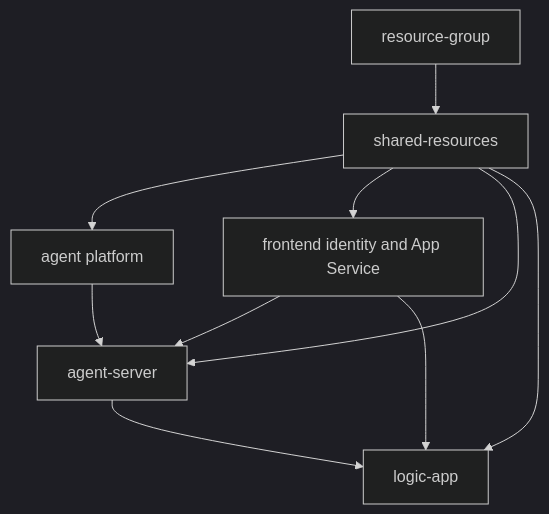
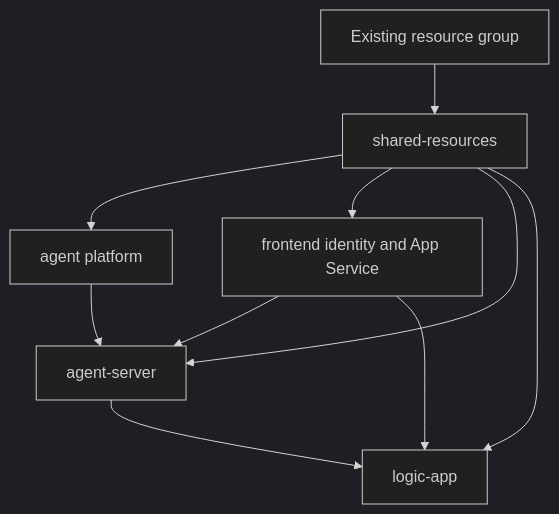
One commit to Azure/azure-sdk-tools changed the first of 4 diagrams in tools/sdk-ai-bots/deployment/docs/deployment-architecture.md. Above: the diagram before and after it, drawn with Mermaid (dark theme). The commit also changed other lines of this file and 21 other files, not shown here.

First line of the commit message:
Require existing chatbot resource groups and permission-only bootstrap

````diff
--- a/tools/sdk-ai-bots/deployment/docs/deployment-architecture.md
+++ b/tools/sdk-ai-bots/deployment/docs/deployment-architecture.md
@@ -37,12 +37,12 @@
 ```mermaid
 graph TD
-    RG[resource-group] --> SHARED[shared-resources]
+    RG[Existing resource group] --> SHARED[shared-resources]
     SHARED --> AGENT[agent platform]
     SHARED --> FRONTEND[frontend identity and App Service]
     SHARED --> SERVER[agent-server]
     AGENT --> SERVER
     FRONTEND --> SERVER
     SHARED --> LOGIC[logic-app]
     FRONTEND --> LOGIC
     SERVER --> LOGIC
 ```
````
